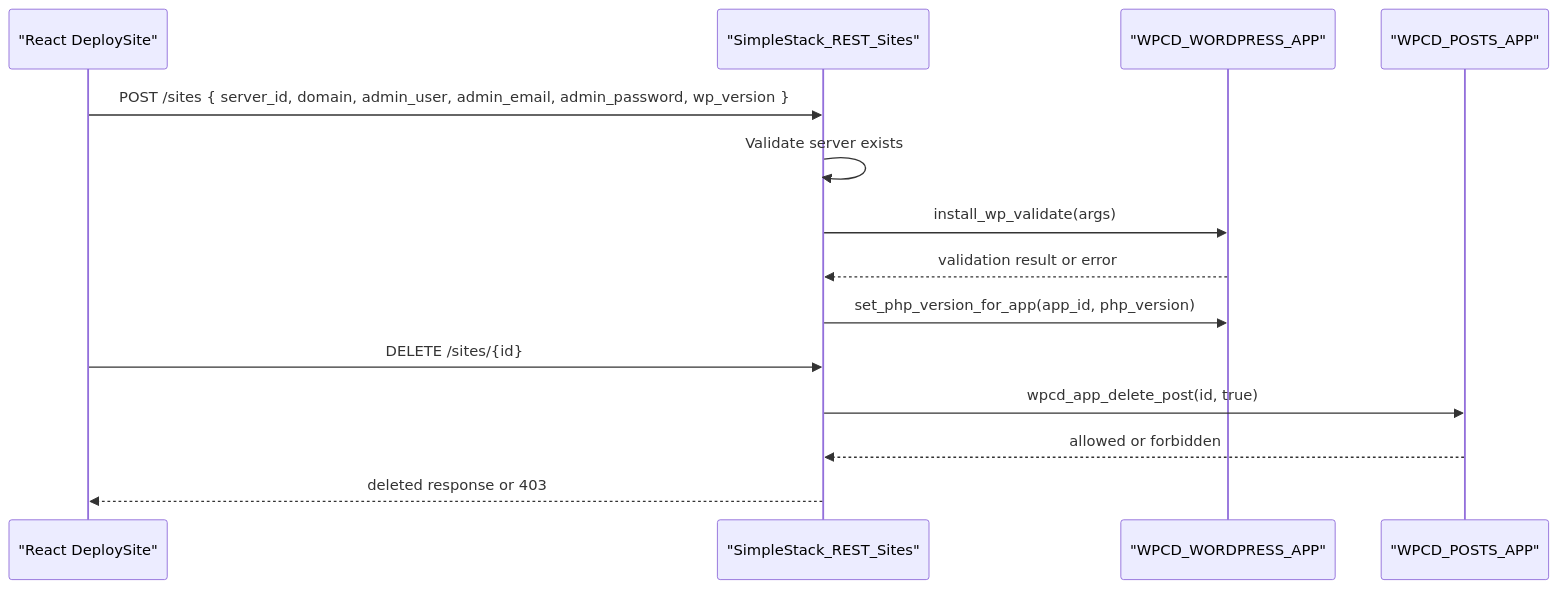
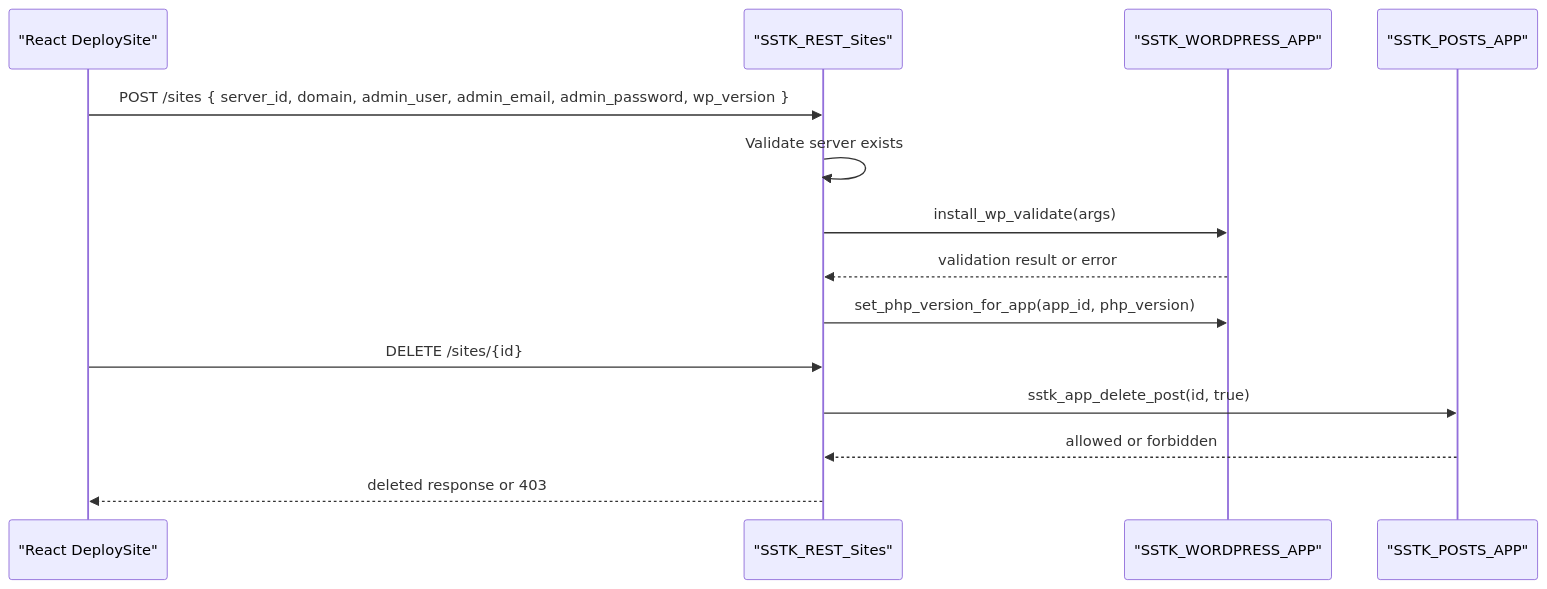
One commit to onedogsolutions/simple-stack changed the seventh of 10 diagrams in .qoder/repowiki/en/content/System Architecture/System Architecture.md. Above: the diagram before and after it, drawn with Mermaid. The commit also changed other lines of this file and 5941 other files, not shown here.

First line of the commit message:
refactor(core): rebrand WPCloudDeploy to Simple Stack with new namespaces and prefixes

````diff
--- a/.qoder/repowiki/en/content/System Architecture/System Architecture.md
+++ b/.qoder/repowiki/en/content/System Architecture/System Architecture.md
@@ -331,16 +331,16 @@
 ```mermaid
 sequenceDiagram
 participant React as "React DeploySite"
-participant REST as "SimpleStack_REST_Sites"
-participant AppEngine as "WPCD_WORDPRESS_APP"
-participant PostApp as "WPCD_POSTS_APP"
+participant REST as "SSTK_REST_Sites"
+participant AppEngine as "SSTK_WORDPRESS_APP"
+participant PostApp as "SSTK_POSTS_APP"
 React->>REST : POST /sites { server_id, domain, admin_user, admin_email, admin_password, wp_version }
 REST->>REST : Validate server exists
 REST->>AppEngine : install_wp_validate(args)
 AppEngine-->>REST : validation result or error
 REST->>AppEngine : set_php_version_for_app(app_id, php_version)
 React->>REST : DELETE /sites/{id}
-REST->>PostApp : wpcd_app_delete_post(id, true)
+REST->>PostApp : sstk_app_delete_post(id, true)
 PostApp-->>REST : allowed or forbidden
 REST-->>React : deleted response or 403
 ```
````
